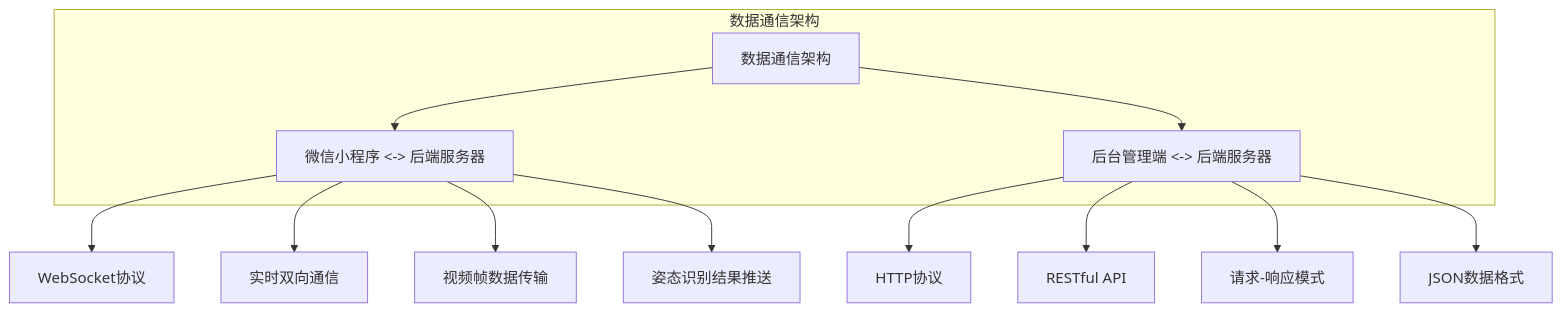
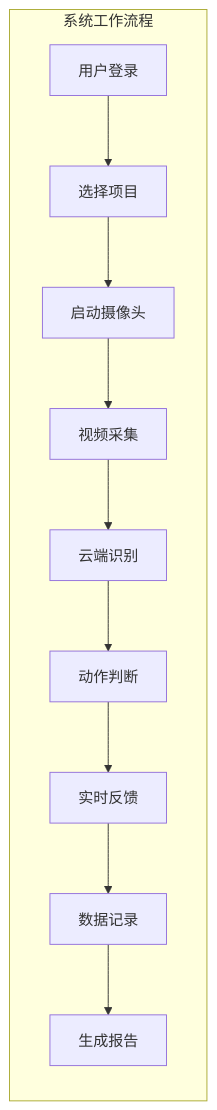
The second of 4 diagrams in 内容/第四章_系统设计.md (Ventilation616/lunwen), drawn with Mermaid before and after one commit. The commit also changed other lines of this file and 3 other files, not shown here.

````diff
--- a/内容/第四章_系统设计.md
+++ b/内容/第四章_系统设计.md
@@ -147,21 +47,23 @@
 ```mermaid
-graph TD
-    A[数据通信架构] --> B[微信小程序 <-> 后端服务器]
-    A --> C[后台管理端 <-> 后端服务器]
+graph LR
+    A[用户登录] --> B[选择项目]
+    B --> C[启动摄像头]
+    C --> D[视频采集]
+    D --> E[云端识别]
+    E --> F[动作判断]
+    F --> G[实时反馈]
+    G --> H[数据记录]
+    H --> I[生成报告]
     
-    B --> B1[WebSocket协议]
-    B --> B2[实时双向通信]
-    B --> B3[视频帧数据传输]
-    B --> B4[姿态识别结果推送]
-    
-    C --> C1[HTTP协议]
-    C --> C2[RESTful API]
-    C --> C3[请求-响应模式]
-    C --> C4[JSON数据格式]
-    
-    subgraph 数据通信架构
+    subgraph 系统工作流程
     A
     B
     C
+    D
+    E
+    F
+    G
+    H
+    I
     end
 ```
````
